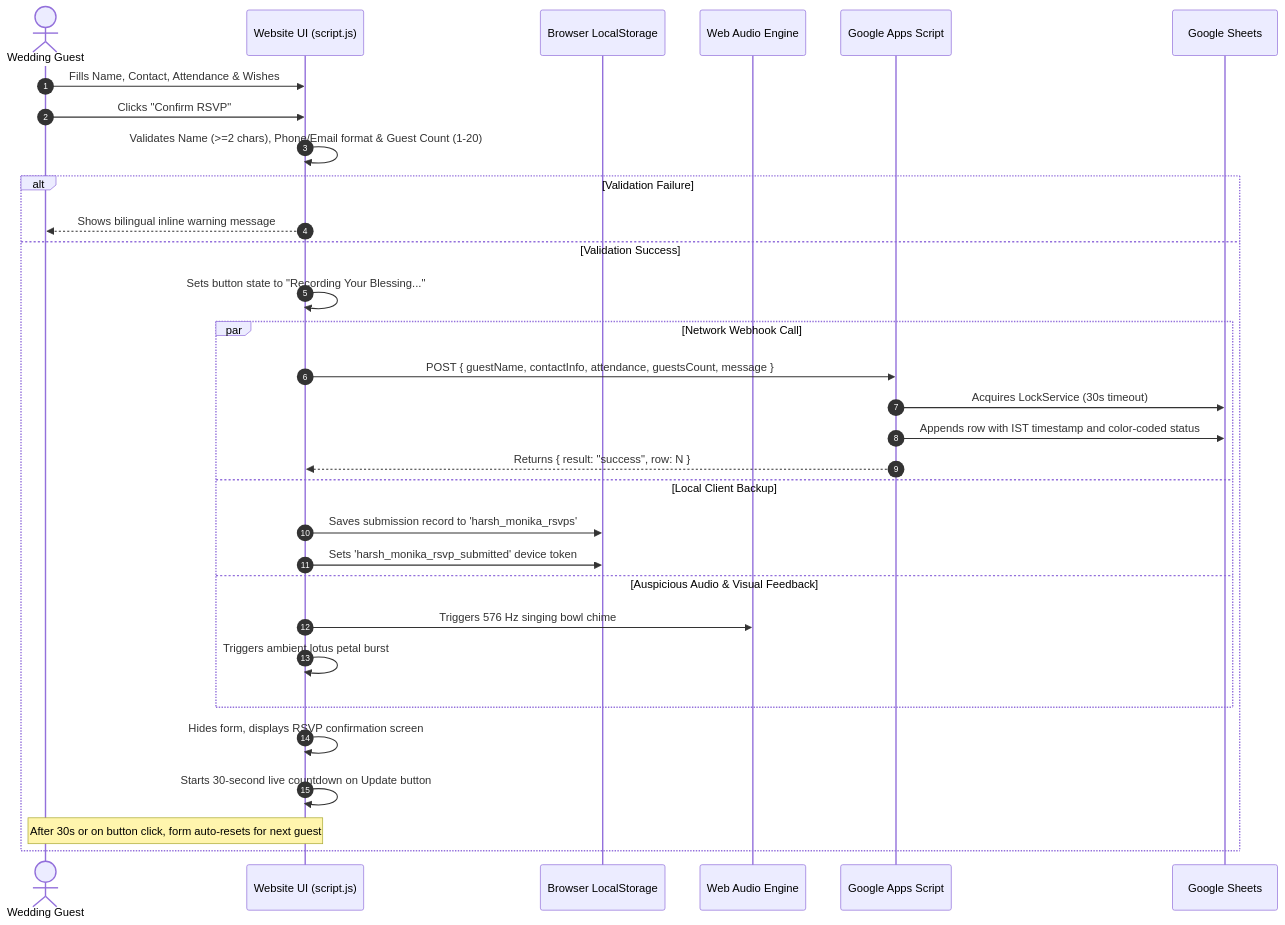
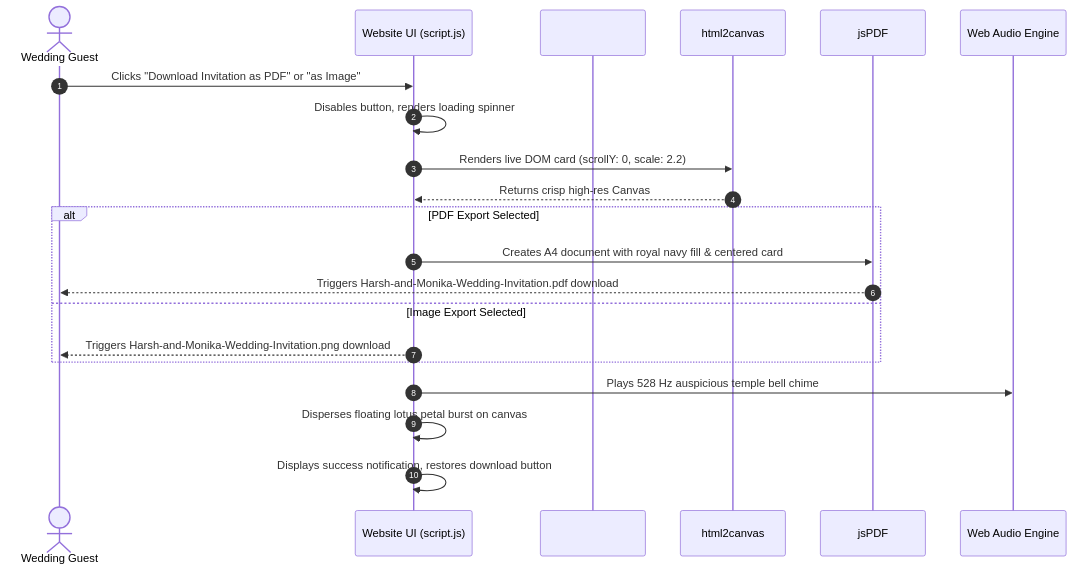
One commit to dilipk2026/wedding-invitation changed the second of 2 diagrams in README.md. Above: the diagram before and after it, drawn with Mermaid. The commit also changed other lines of this file and 11 other files, not shown here.

Commit message:
refactor: remove RSVP system and visitor counter, add WhatsApp enquiries, invitation downloads, and chanakya.mp3 background audio

````diff
--- a/README.md
+++ b/README.md
@@ -205,35 +232,26 @@
 ```mermaid
 sequenceDiagram
     autonumber
     actor Guest as Wedding Guest
     participant UI as Website UI (script.js)
-    participant Local as Browser LocalStorage
+    participant DOM as #printableInvitationCard
+    participant H2C as html2canvas
+    participant PDF as jsPDF
     participant Synth as Web Audio Engine
-    participant GAS as Google Apps Script
-    participant Sheet as Google Sheets
 
-    Guest->>UI: Fills Name, Contact, Attendance & Wishes
-    Guest->>UI: Clicks "Confirm RSVP"
-    UI->>UI: Validates Name (>=2 chars), Phone/Email format & Guest Count (1-20)
+    Guest->>UI: Clicks "Download Invitation as PDF" or "as Image"
+    UI->>UI: Disables button, renders loading spinner
+    UI->>H2C: Renders live DOM card (scrollY: 0, scale: 2.2)
+    H2C-->>UI: Returns crisp high-res Canvas
     
-    alt Validation Failure
-        UI-->>Guest: Shows bilingual inline warning message
-    else Validation Success
-        UI->>UI: Sets button state to "Recording Your Blessing..."
-        par Network Webhook Call
-            UI->>GAS: POST { guestName, contactInfo, attendance, guestsCount, message }
-            GAS->>Sheet: Acquires LockService (30s timeout)
-            GAS->>Sheet: Appends row with IST timestamp and color-coded status
-            GAS-->>UI: Returns { result: "success", row: N }
-        and Local Client Backup
-            UI->>Local: Saves submission record to 'harsh_monika_rsvps'
-            UI->>Local: Sets 'harsh_monika_rsvp_submitted' device token
-        and Auspicious Audio & Visual Feedback
-            UI->>Synth: Triggers 576 Hz singing bowl chime
-            UI->>UI: Triggers ambient lotus petal burst
-        end
-        UI->>UI: Hides form, displays RSVP confirmation screen
-        UI->>UI: Starts 30-second live countdown on Update button
-        Note over UI,Guest: After 30s or on button click, form auto-resets for next guest
+    alt PDF Export Selected
+        UI->>PDF: Creates A4 document with royal navy fill & centered card
+        PDF-->>Guest: Triggers Harsh-and-Monika-Wedding-Invitation.pdf download
+    else Image Export Selected
+        UI-->>Guest: Triggers Harsh-and-Monika-Wedding-Invitation.png download
     end
+
+    UI->>Synth: Plays 528 Hz auspicious temple bell chime
+    UI->>UI: Disperses floating lotus petal burst on canvas
+    UI->>UI: Displays success notification, restores download button
 ```
````
